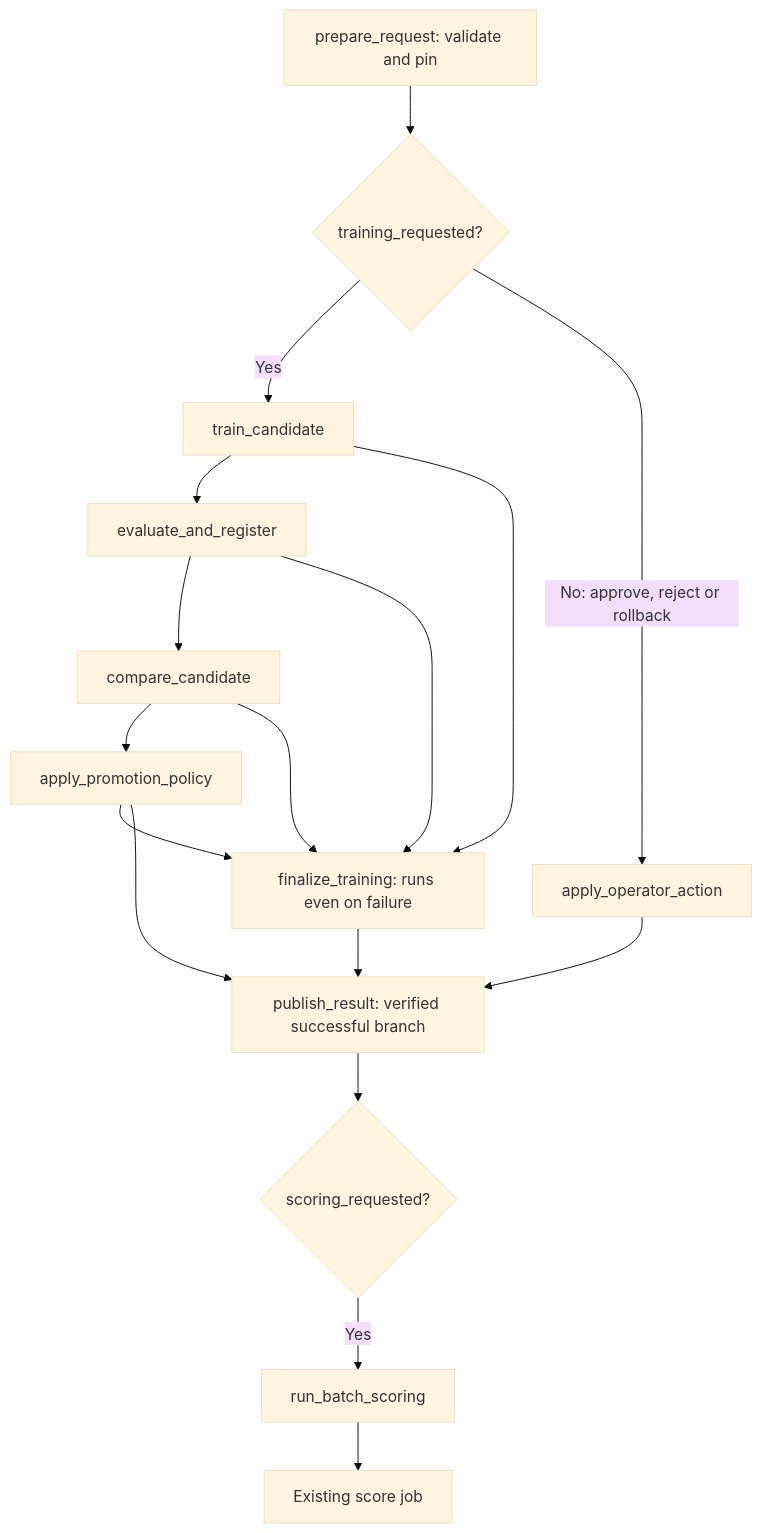
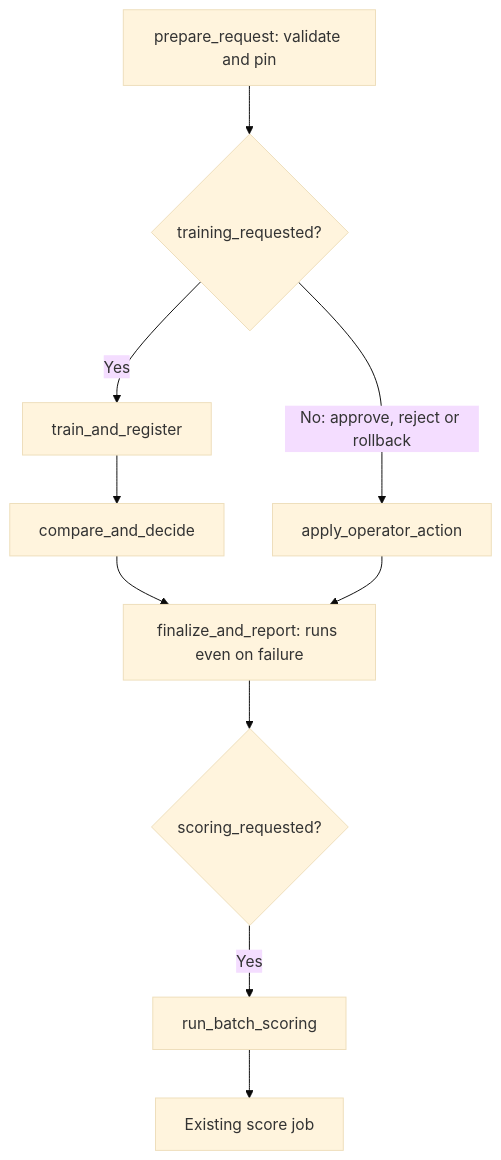
One commit to codeandchill91/skyulf changed the second of 4 diagrams in docs/user_guide/databricks_bundle_walkthrough.md. Above: the diagram before and after it, drawn with Mermaid (base theme). The commit also changed other lines of this file and 46 other files, not shown here.

Commit message:
feat: simplify and validate the Databricks lifecycle graph

````diff
--- a/docs/user_guide/databricks_bundle_walkthrough.md
+++ b/docs/user_guide/databricks_bundle_walkthrough.md
@@ -306,19 +304,12 @@
 ```mermaid
 flowchart TD
     A["prepare_request: validate and pin"] --> B{"training_requested?"}
-    B -->|"Yes"| C["train_candidate"]
-    C --> D["evaluate_and_register"]
-    D --> E["compare_candidate"]
-    E --> F["apply_promotion_policy"]
-    B -->|"No: approve, reject or rollback"| G["apply_operator_action"]
-    C --> H["finalize_training: runs even on failure"]
-    D --> H
-    E --> H
-    F --> H
-    F --> I["publish_result: verified successful branch"]
-    H --> I
-    G --> I
-    I --> J{"scoring_requested?"}
-    J -->|"Yes"| K["run_batch_scoring"]
-    K --> L["Existing score job"]
+    B -->|"Yes"| C["train_and_register"]
+    C --> D["compare_and_decide"]
+    B -->|"No: approve, reject or rollback"| E["apply_operator_action"]
+    D --> F["finalize_and_report: runs even on failure"]
+    E --> F
+    F --> G{"scoring_requested?"}
+    G -->|"Yes"| H["run_batch_scoring"]
+    H --> I["Existing score job"]
 ```
````
